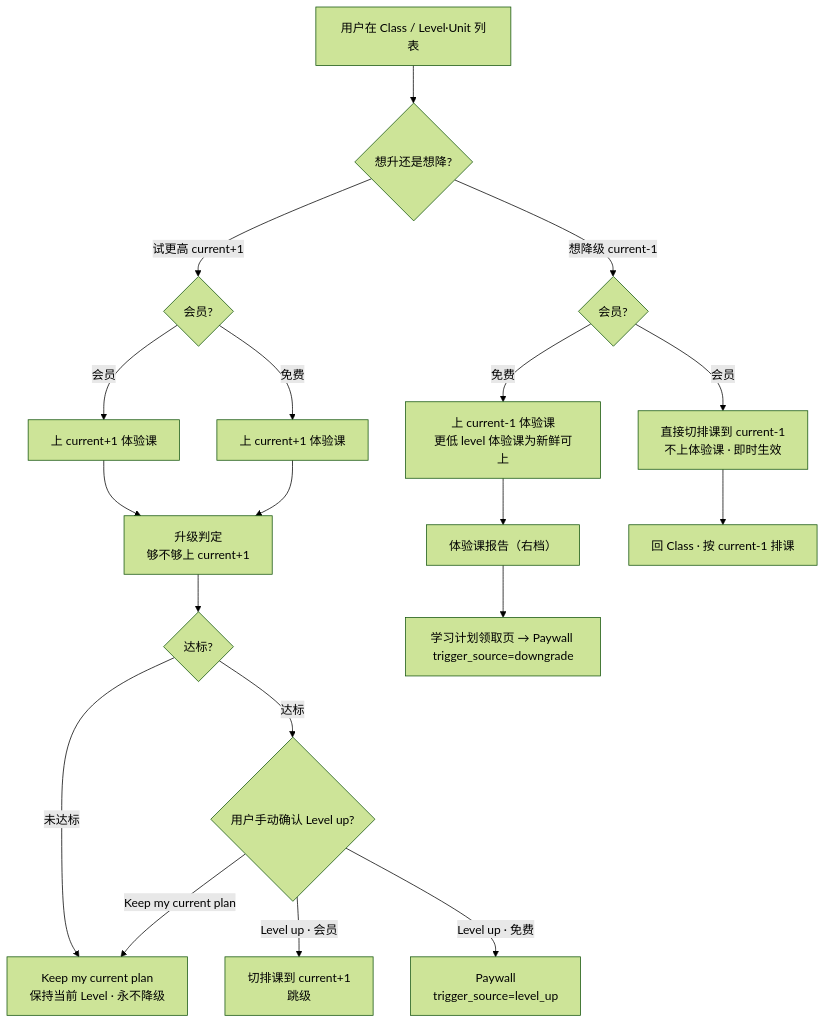
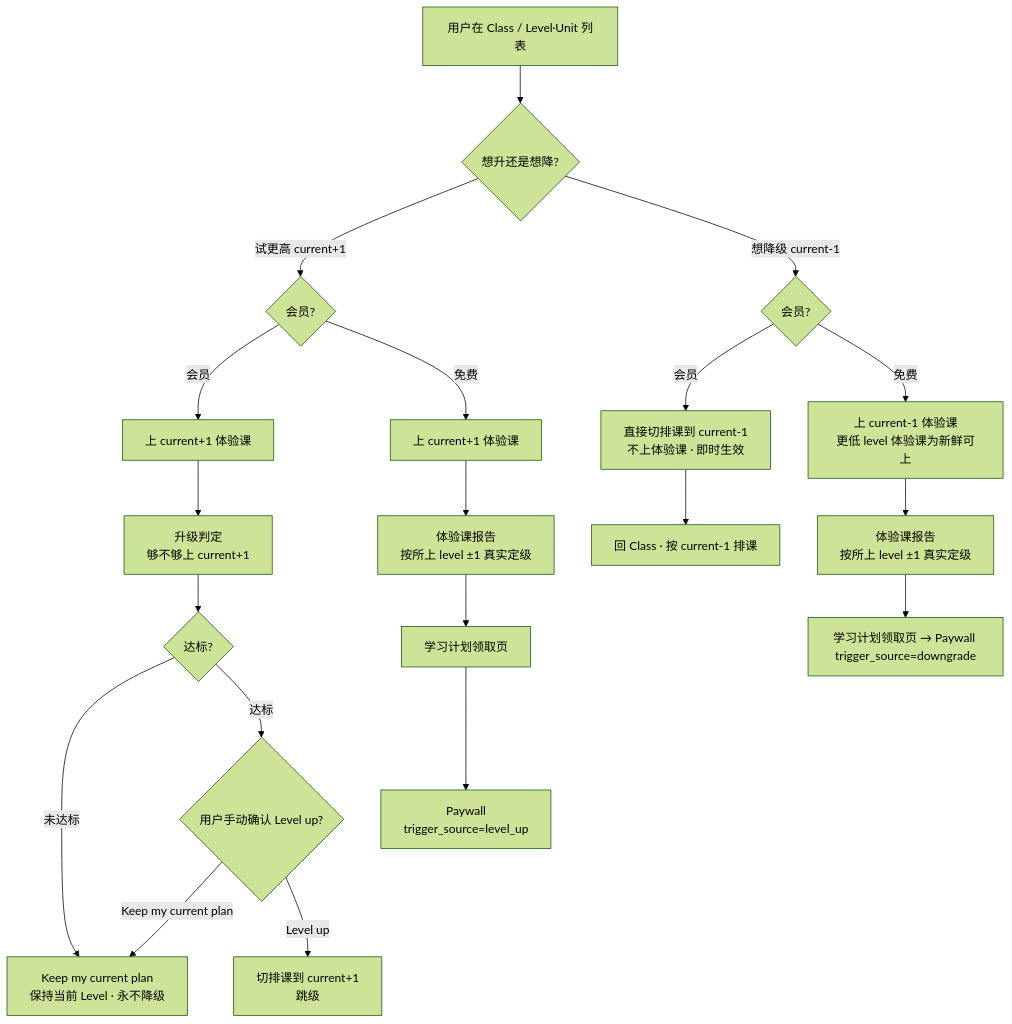
The first of 3 diagrams in V1.3.1-产品需求文档-PRD.md (cyanlee888/cyan), drawn with Mermaid (forest theme) before and after one commit. The commit also changed other lines of this file and 3 other files, not shown here.

````diff
--- a/V1.3.1-产品需求文档-PRD.md
+++ b/V1.3.1-产品需求文档-PRD.md
@@ -120,23 +131,24 @@
 ```mermaid
 flowchart TB
   Start[用户在 Class / Level·Unit 列表] --> Dir{想升还是想降?}
 
   Dir -->|试更高 current+1| Up{会员?}
   Up -->|会员| UpTrialM[上 current+1 体验课]
   Up -->|免费| UpTrialF[上 current+1 体验课]
   UpTrialM --> UpReport[升级判定<br/>够不够上 current+1]
-  UpTrialF --> UpReport
   UpReport --> Cmp{达标?}
   Cmp -->|未达标| Keep[Keep my current plan<br/>保持当前 Level · 永不降级]
   Cmp -->|达标| Confirm{用户手动确认 Level up?}
   Confirm -->|Keep my current plan| Keep
-  Confirm -->|Level up · 会员| UpdatePlanM[切排课到 current+1<br/>跳级]
-  Confirm -->|Level up · 免费| PaywallUp[Paywall<br/>trigger_source=level_up]
+  Confirm -->|Level up| UpdatePlanM[切排课到 current+1<br/>跳级]
+  UpTrialF --> UpReportF[体验课报告<br/>按所上 level ±1 真实定级]
+  UpReportF --> StudyPlanUp[学习计划领取页]
+  StudyPlanUp --> PaywallUp[Paywall<br/>trigger_source=level_up]
 
   Dir -->|想降级 current-1| Down{会员?}
   Down -->|会员| DownDirect[直接切排课到 current-1<br/>不上体验课 · 即时生效]
   Down -->|免费| DownTrialF[上 current-1 体验课<br/>更低 level 体验课为新鲜可上]
-  DownTrialF --> DownReport[体验课报告（右档）]
+  DownTrialF --> DownReport[体验课报告<br/>按所上 level ±1 真实定级]
   DownReport --> StudyPlan[学习计划领取页 → Paywall trigger_source=downgrade]
   DownDirect --> Class2[回 Class · 按 current-1 排课]
 ```
````
